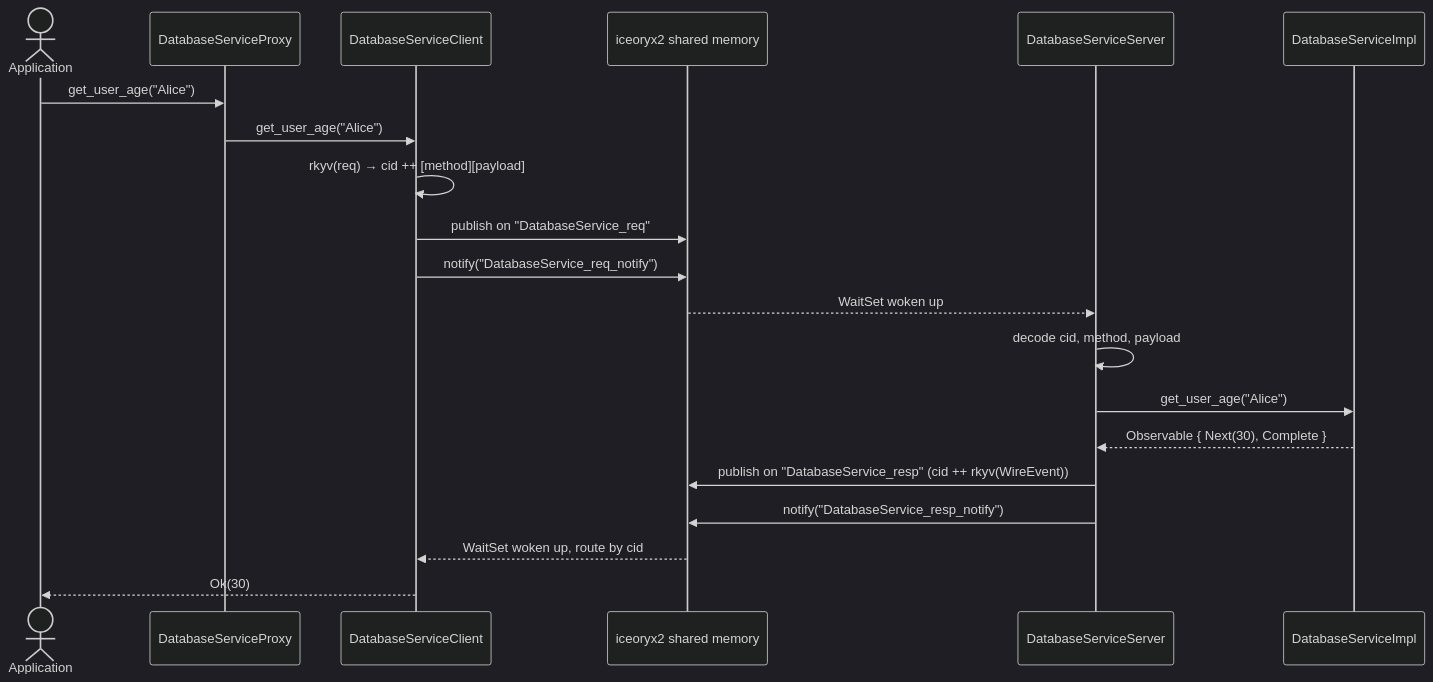
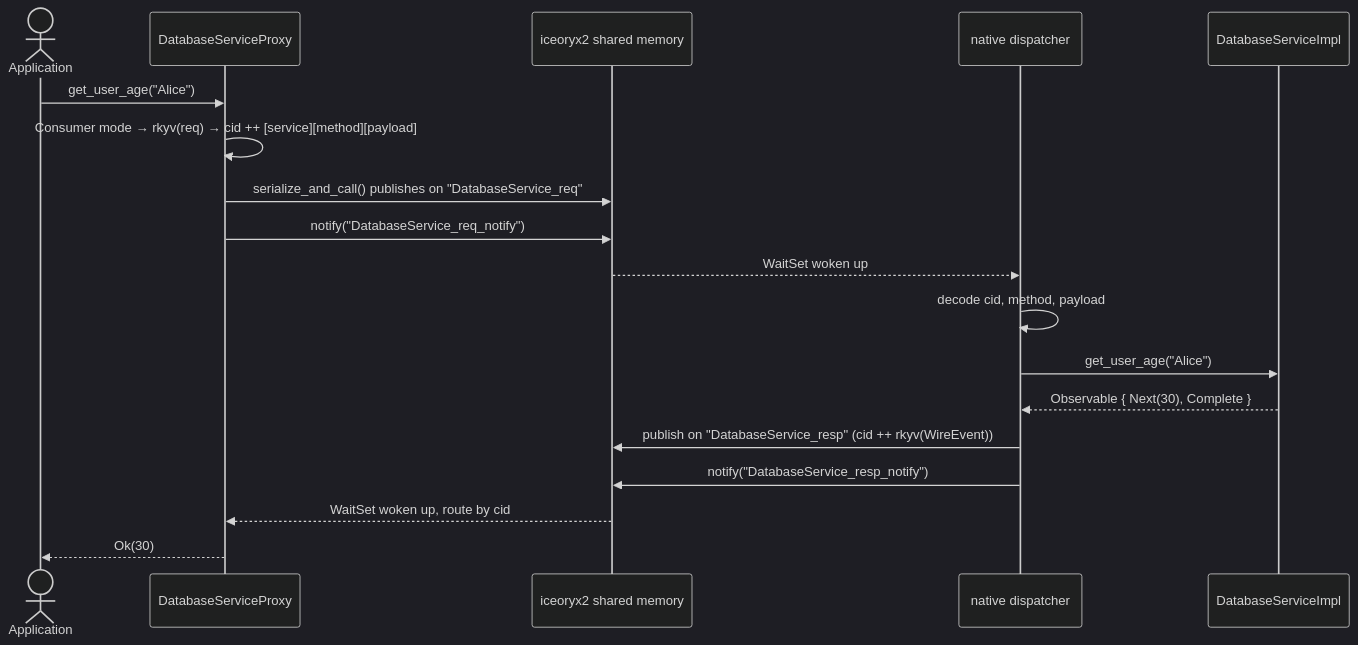
Before and after one commit to max3163/ice-rpc: the first of 4 diagrams in Readme.md, drawn with Mermaid (dark theme). The commit also changed other lines of this file and 24 other files, not shown here.

````diff
--- a/Readme.md
+++ b/Readme.md
@@ -24,23 +24,21 @@
 ```mermaid
 sequenceDiagram
     actor App as Application
     participant Proxy as DatabaseServiceProxy
-    participant Client as DatabaseServiceClient
     participant SHM as iceoryx2 shared memory
-    participant Server as DatabaseServiceServer
+    participant Dispatcher as native dispatcher
     participant Impl as DatabaseServiceImpl
 
     App->>Proxy: get_user_age("Alice")
-    Proxy->>Client: get_user_age("Alice")
-    Client->>Client: rkyv(req) → cid ++ [method][payload]
-    Client->>SHM: publish on "DatabaseService_req"
-    Client->>SHM: notify("DatabaseService_req_notify")
-    SHM-->>Server: WaitSet woken up
-    Server->>Server: decode cid, method, payload
-    Server->>Impl: get_user_age("Alice")
-    Impl-->>Server: Observable { Next(30), Complete }
-    Server->>SHM: publish on "DatabaseService_resp" (cid ++ rkyv(WireEvent))
-    Server->>SHM: notify("DatabaseService_resp_notify")
-    SHM-->>Client: WaitSet woken up, route by cid
-    Client-->>App: Ok(30)
+    Proxy->>Proxy: Consumer mode → rkyv(req) → cid ++ [service][method][payload]
+    Proxy->>SHM: serialize_and_call() publishes on "DatabaseService_req"
+    Proxy->>SHM: notify("DatabaseService_req_notify")
+    SHM-->>Dispatcher: WaitSet woken up
+    Dispatcher->>Dispatcher: decode cid, method, payload
+    Dispatcher->>Impl: get_user_age("Alice")
+    Impl-->>Dispatcher: Observable { Next(30), Complete }
+    Dispatcher->>SHM: publish on "DatabaseService_resp" (cid ++ rkyv(WireEvent))
+    Dispatcher->>SHM: notify("DatabaseService_resp_notify")
+    SHM-->>Proxy: WaitSet woken up, route by cid
+    Proxy-->>App: Ok(30)
 ```
````
